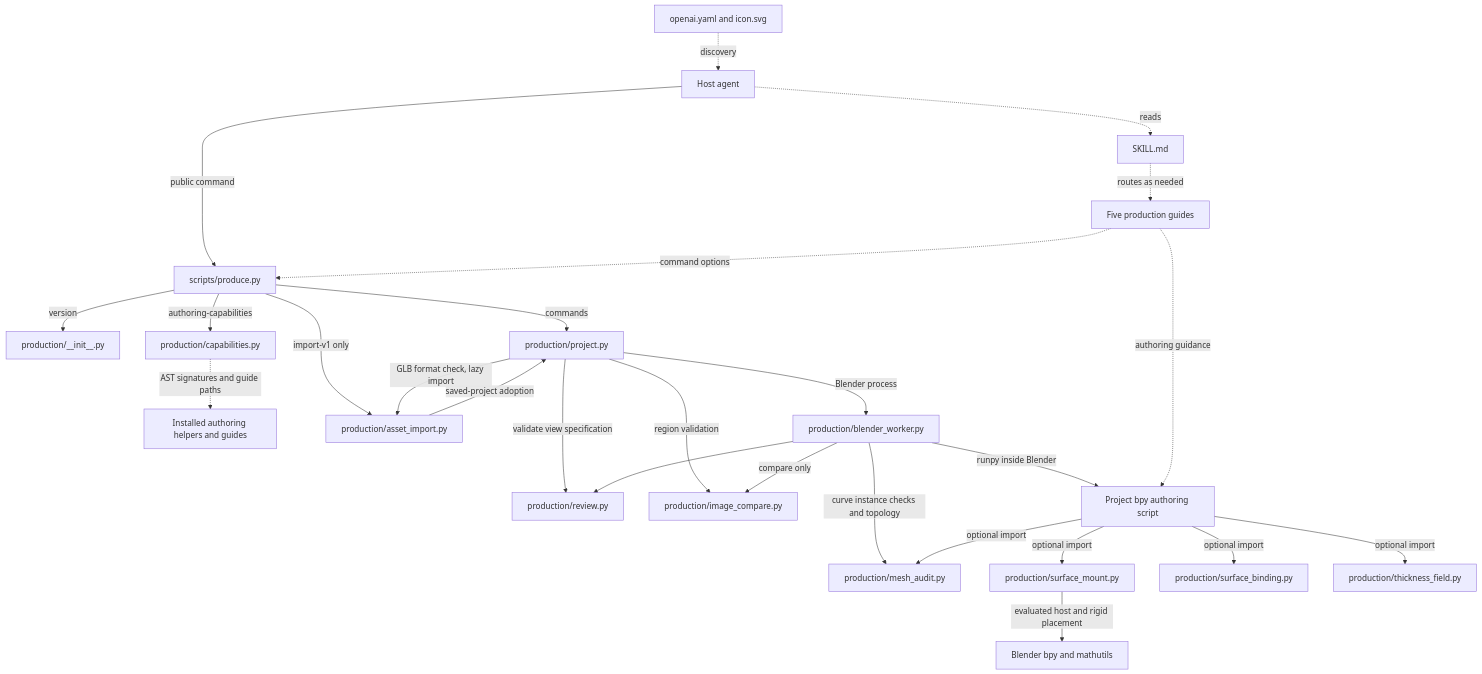
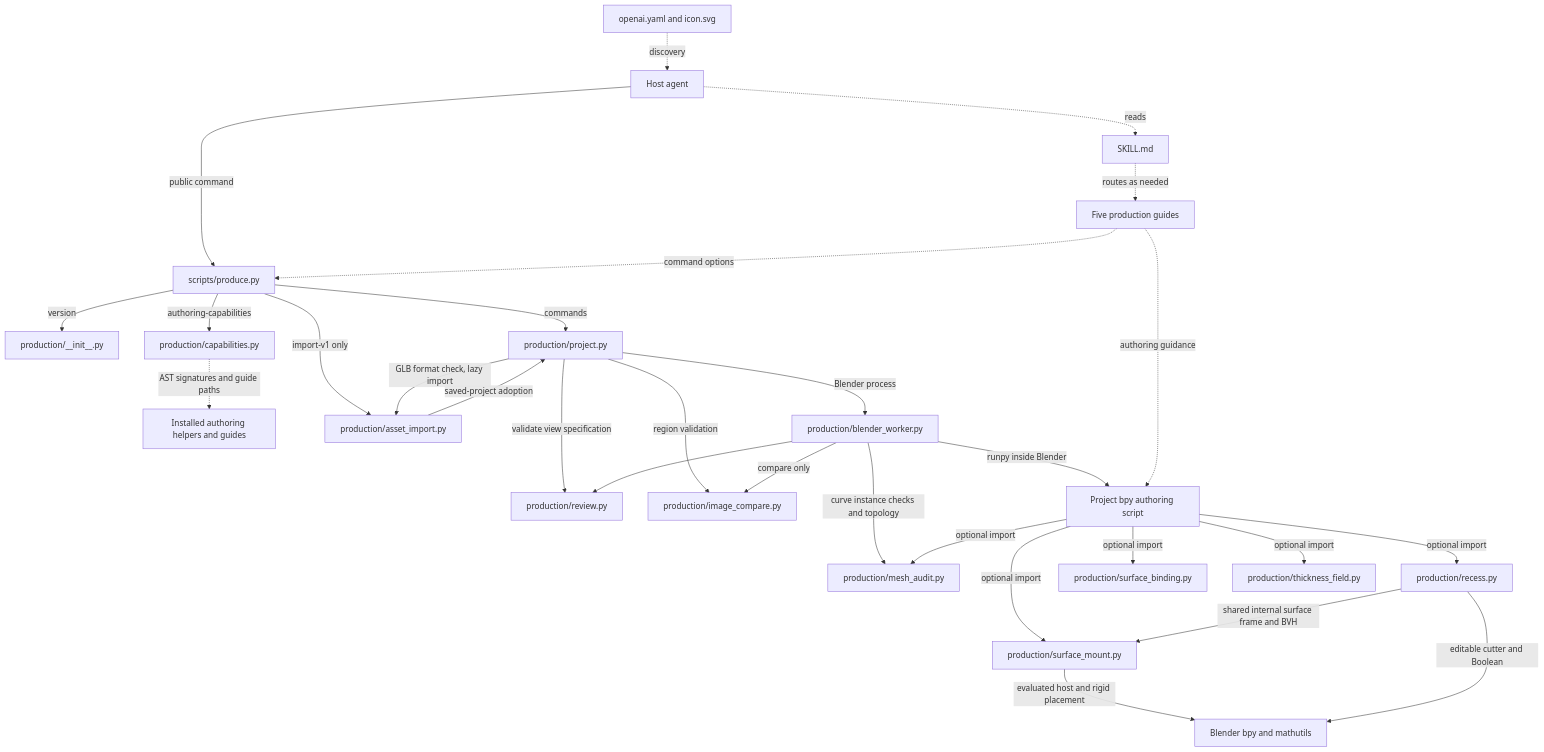
The diagram in docs/development/refas-2-skill-map.md (ictseoyoungmin/refas), drawn with Mermaid before and after one commit. The commit also changed other lines of this file and 8 other files, not shown here.

````diff
--- a/docs/development/refas-2-skill-map.md
+++ b/docs/development/refas-2-skill-map.md
@@ -22,30 +22,33 @@
 ```mermaid
 flowchart TD
     Discovery["openai.yaml and icon.svg"] -. "discovery" .-> Agent["Host agent"]
     Agent -. "reads" .-> Skill["SKILL.md"]
     Skill -. "routes as needed" .-> Guides["Five production guides"]
     Agent -- "public command" --> CLI["scripts/produce.py"]
     Guides -. "command options" .-> CLI
 
     CLI -- "version" --> Identity["production/__init__.py"]
     CLI -- "authoring-capabilities" --> Catalogue["production/capabilities.py"]
     Catalogue -. "AST signatures and guide paths" .-> Helpers["Installed authoring helpers and guides"]
     CLI -- "commands" --> Project["production/project.py"]
     CLI -- "import-v1 only" --> Import["production/asset_import.py"]
     Project -- "GLB format check, lazy import" --> Import
     Import -- "saved-project adoption" --> Project
 
     Project -- "validate view specification" --> Review["production/review.py"]
     Project -- "Blender process" --> Worker["production/blender_worker.py"]
     Worker --> Review
     Project -- "region validation" --> Comparison["production/image_compare.py"]
     Worker -- "compare only" --> Comparison
     Worker -- "curve instance checks and topology" --> Audit["production/mesh_audit.py"]
     Worker -- "runpy inside Blender" --> Script["Project bpy authoring script"]
     Guides -. "authoring guidance" .-> Script
     Script -- "optional import" --> Audit
     Script -- "optional import" --> Mount["production/surface_mount.py"]
     Mount -- "evaluated host and rigid placement" --> Blender["Blender bpy and mathutils"]
+    Script -- "optional import" --> Recess["production/recess.py"]
+    Recess -- "shared internal surface frame and BVH" --> Mount
+    Recess -- "editable cutter and Boolean" --> Blender
     Script -- "optional import" --> Binding["production/surface_binding.py"]
     Script -- "optional import" --> Thickness["production/thickness_field.py"]
 ```
````
